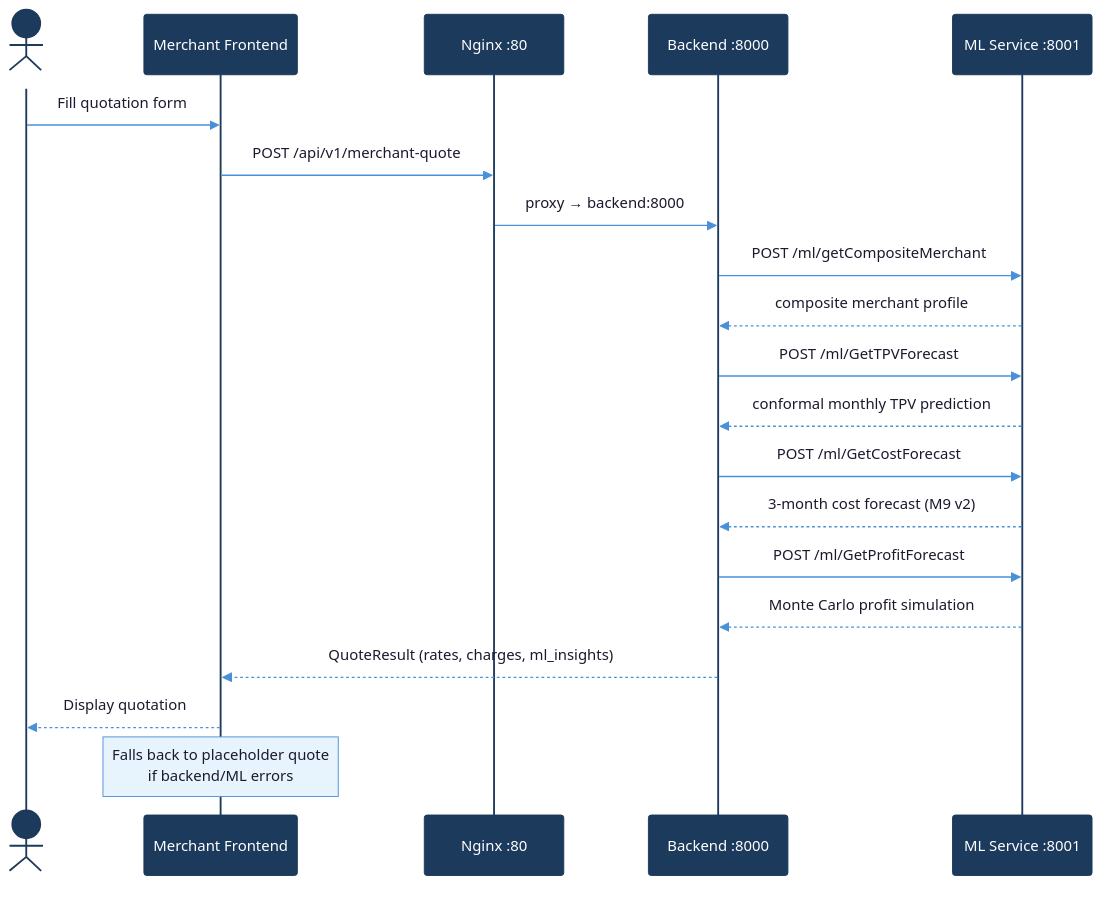
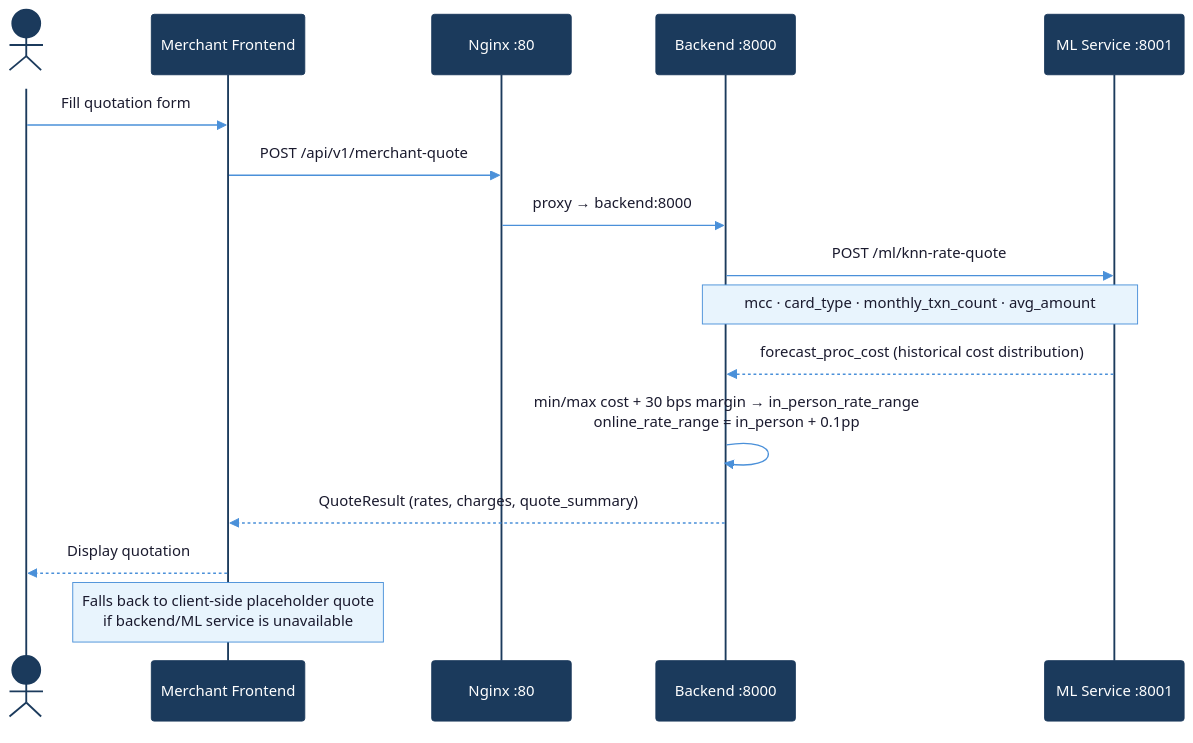
Before and after one commit to Yattmeo/404_found_us: the sixth of 14 diagrams in ARCHITECTURE.md, drawn with Mermaid. The commit also changed 3 other files, not shown here.

````diff
--- a/ARCHITECTURE.md
+++ b/ARCHITECTURE.md
@@ -240,30 +240,23 @@
 ```mermaid
 %%{init: {'theme': 'base', 'themeVariables': { 'actorBkg': '#1B3A5C', 'actorTextColor': '#ffffff', 'actorBorder': '#1B3A5C', 'activationBorderColor': '#4A90D9', 'activationBkgColor': '#D6EAF8', 'signalColor': '#4A90D9', 'signalTextColor': '#1a1a2e', 'labelBoxBkgColor': '#4A90D9', 'labelBoxBorderColor': '#1B3A5C', 'labelTextColor': '#ffffff', 'noteBkgColor': '#E8F4FD', 'noteBorderColor': '#4A90D9', 'noteTextColor': '#1a1a2e', 'loopTextColor': '#1B3A5C', 'fontFamily': 'Segoe UI, sans-serif' }}}%%
 sequenceDiagram
     actor User
     participant MFE as Merchant Frontend
     participant NG as Nginx :80
     participant BE as Backend :8000
     participant ML as ML Service :8001
 
     User->>MFE: Fill quotation form
     MFE->>NG: POST /api/v1/merchant-quote
     NG->>BE: proxy → backend:8000
 
-    BE->>ML: POST /ml/getCompositeMerchant
-    ML-->>BE: composite merchant profile
+    BE->>ML: POST /ml/knn-rate-quote
+    Note over BE,ML: mcc · card_type · monthly_txn_count · avg_amount
+    ML-->>BE: forecast_proc_cost (historical cost distribution)
+    BE->>BE: min/max cost + 30 bps margin → in_person_rate_range<br/>online_rate_range = in_person + 0.1pp
 
-    BE->>ML: POST /ml/GetTPVForecast
-    ML-->>BE: conformal monthly TPV prediction
-
-    BE->>ML: POST /ml/GetCostForecast
-    ML-->>BE: 3-month cost forecast (M9 v2)
-
-    BE->>ML: POST /ml/GetProfitForecast
-    ML-->>BE: Monte Carlo profit simulation
-
-    BE-->>MFE: QuoteResult (rates, charges, ml_insights)
+    BE-->>MFE: QuoteResult (rates, charges, quote_summary)
     MFE-->>User: Display quotation
 
-    Note over MFE: Falls back to placeholder quote<br/>if backend/ML errors
+    Note over MFE: Falls back to client-side placeholder quote<br/>if backend/ML service is unavailable
 ```
````
